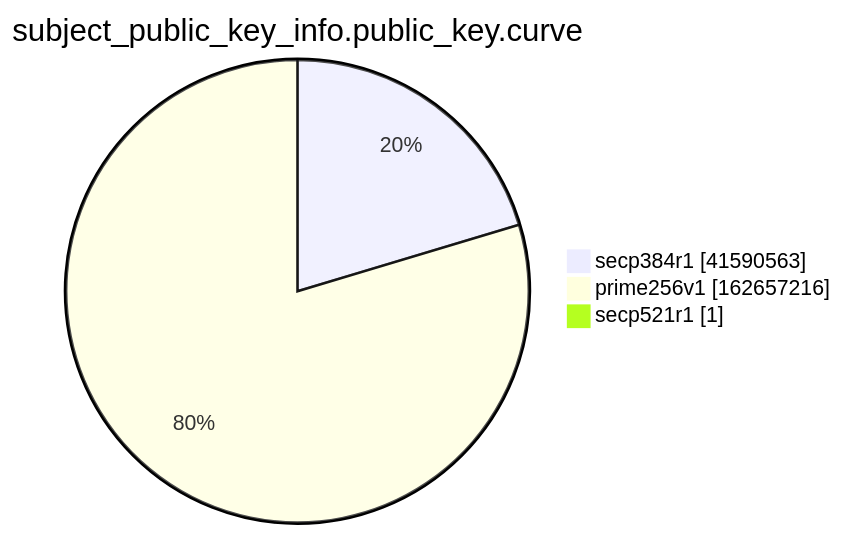
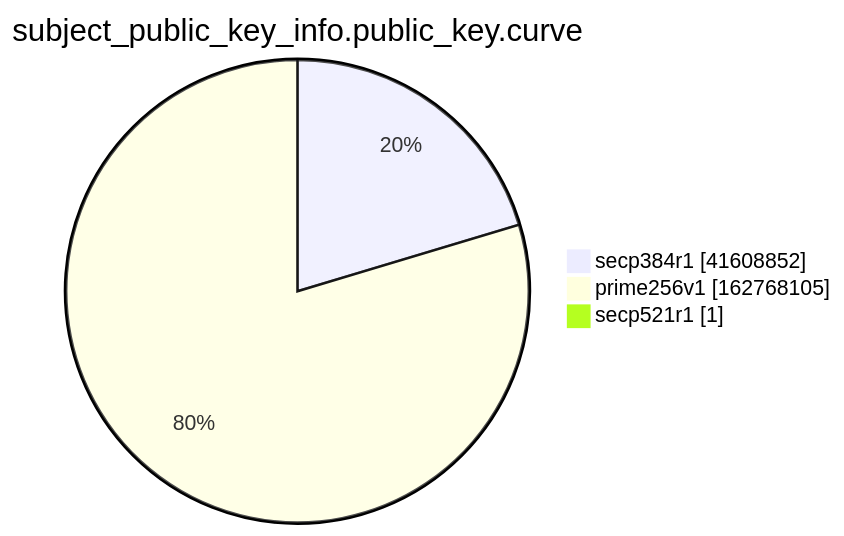
One commit to christiankrug/ctmonitor_visualization changed the ninth of 15 diagrams in xenon2022/README.md. Above: the diagram before and after it, drawn with Mermaid. The commit also changed other lines of this file, not shown here.

````diff
--- a/xenon2022/README.md
+++ b/xenon2022/README.md
@@ -2868,7 +2868,7 @@
 ```mermaid
 pie showData
 title subject_public_key_info.public_key.curve
-"secp384r1" :41590563
-"prime256v1" :162657216
+"secp384r1" :41608852
+"prime256v1" :162768105
 "secp521r1" :1
 ```
````
